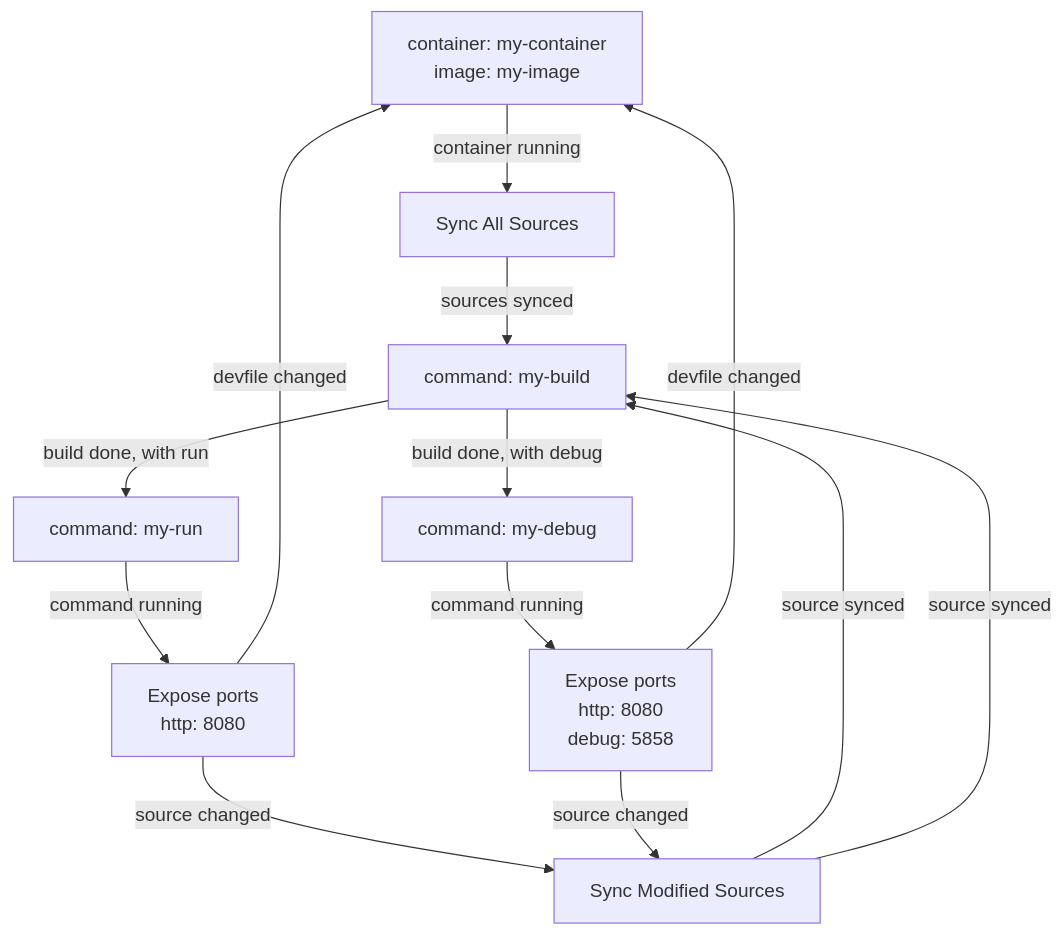
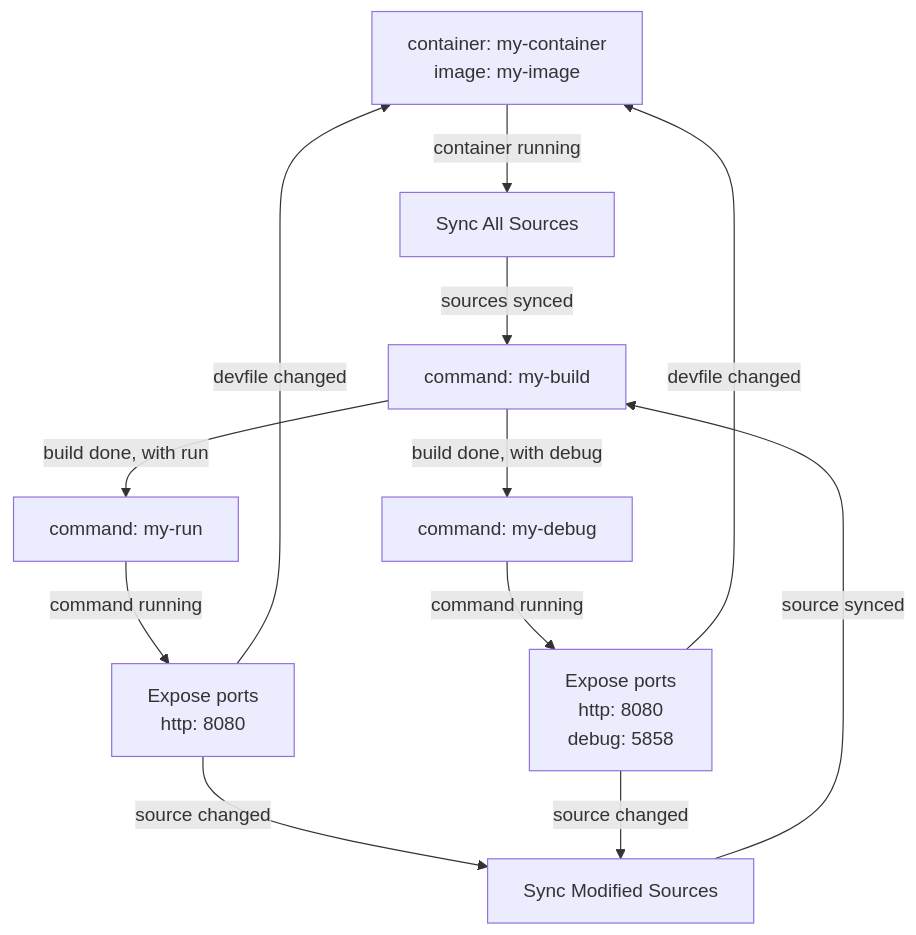
The diagram in pkg/graph/graphs/container-build-run-debug.md (feloy/devfile-lifecycle), drawn with Mermaid before and after one commit. The commit also changed 2 other files, not shown here.

Commit message:
Fix: single "source synced" edge when run+debug

````diff
--- a/pkg/graph/graphs/container-build-run-debug.md
+++ b/pkg/graph/graphs/container-build-run-debug.md
@@ -1,23 +1,22 @@
 ```mermaid
 graph TB
 my-container["container: my-container<br/>image: my-image"]
 my-build["command: my-build"]
 my-container-my-debug-expose["Expose ports<br/>http: 8080<br/>debug: 5858"]
 my-container-my-run-expose["Expose ports<br/>http: 8080"]
 my-debug["command: my-debug"]
 my-run["command: my-run"]
 sync-all-my-container["Sync All Sources"]
 sync-modified-my-container["Sync Modified Sources"]
 my-container -->|"container running"| sync-all-my-container
 sync-all-my-container -->|"sources synced"| my-build
 my-build -->|"build done, with run"| my-run
 my-run -->|"command running"| my-container-my-run-expose
 my-container-my-run-expose -->|"source changed"| sync-modified-my-container
 sync-modified-my-container -->|"source synced"| my-build
 my-container-my-run-expose -->|"devfile changed"| my-container
 my-build -->|"build done, with debug"| my-debug
 my-debug -->|"command running"| my-container-my-debug-expose
 my-container-my-debug-expose -->|"source changed"| sync-modified-my-container
-sync-modified-my-container -->|"source synced"| my-build
 my-container-my-debug-expose -->|"devfile changed"| my-container
 ```
````
